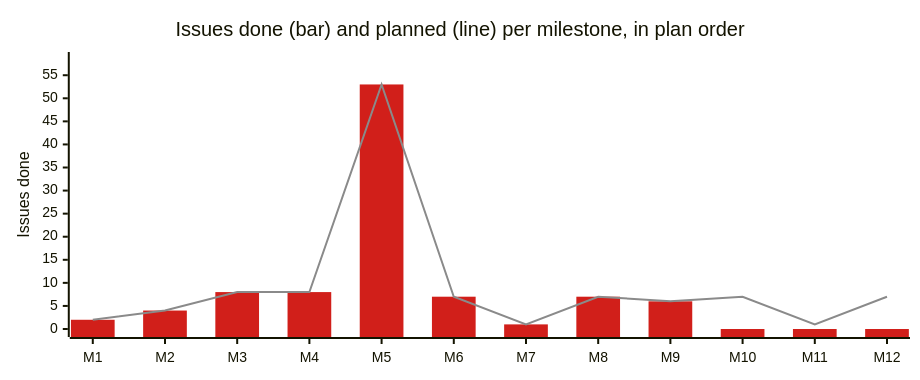
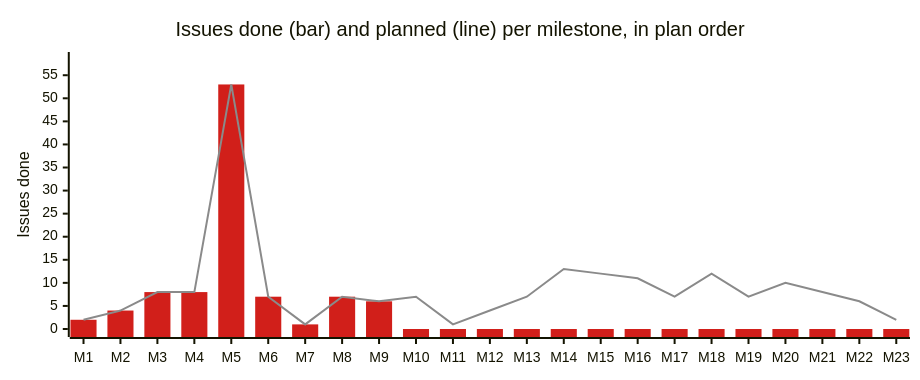
Diagram 11 of 11 in README.md (korczis/OpenTTD), drawn with Mermaid before and after one commit. The commit also changed other lines of this file and 115 other files, not shown here.

````diff
--- a/README.md
+++ b/README.md
@@ -1557,19 +1568,19 @@
 ```mermaid
 ---
 config:
   xyChart:
     width: 900
     height: 360
   themeVariables:
     xyChart:
       plotColorPalette: "#d11f1a, #8a8a8a, #0b0b0b, #ece4d6"
 ---
 xychart-beta
     title "Issues done (bar) and planned (line) per milestone, in plan order"
-    x-axis ["M1", "M2", "M3", "M4", "M5", "M6", "M7", "M8", "M9", "M10", "M11", "M12"]
+    x-axis ["M1", "M2", "M3", "M4", "M5", "M6", "M7", "M8", "M9", "M10", "M11", "M12", "M13", "M14", "M15", "M16", "M17", "M18", "M19", "M20", "M21", "M22", "M23"]
     %% series: Issues done | Issues planned
-    %% links: .ai/repo/project/milestones/the-fork-is-a-governed-research-target.yaml | .ai/repo/project/milestones/a-change-is-validated-in-cost-tiers.yaml | .ai/repo/project/milestones/internals-are-observable-with-recorded-provenance.yaml | .ai/repo/project/milestones/prismatic-steers-a-company-through-the-bridge.yaml | .ai/repo/project/milestones/an-agent-reaches-the-game-over-mcp.yaml | .ai/repo/project/milestones/the-fork-is-published-supervised-and-current.yaml | .ai/repo/project/milestones/the-game-wears-the-owners-noir-style.yaml | .ai/repo/project/milestones/planning-is-generated-from-recorded-history.yaml | .ai/repo/project/milestones/rhai-is-a-live-ide.yaml | .ai/repo/project/milestones/records-and-status-tell-the-truth.yaml | .ai/repo/project/milestones/the-toolchain-carries-no-known-vulnerability.yaml | .ai/repo/project/milestones/every-battle-match-explains-itself.yaml
+    %% links: .ai/repo/project/milestones/the-fork-is-a-governed-research-target.yaml | .ai/repo/project/milestones/a-change-is-validated-in-cost-tiers.yaml | .ai/repo/project/milestones/internals-are-observable-with-recorded-provenance.yaml | .ai/repo/project/milestones/prismatic-steers-a-company-through-the-bridge.yaml | .ai/repo/project/milestones/an-agent-reaches-the-game-over-mcp.yaml | .ai/repo/project/milestones/the-fork-is-published-supervised-and-current.yaml | .ai/repo/project/milestones/the-game-wears-the-owners-noir-style.yaml | .ai/repo/project/milestones/planning-is-generated-from-recorded-history.yaml | .ai/repo/project/milestones/rhai-is-a-live-ide.yaml | .ai/repo/project/milestones/records-and-status-tell-the-truth.yaml | .ai/repo/project/milestones/the-toolchain-carries-no-known-vulnerability.yaml | .ai/repo/project/milestones/every-changed-line-is-tested.yaml | .ai/repo/project/milestones/every-battle-match-explains-itself.yaml | .ai/repo/project/milestones/prismatic-ai-grows-its-fleet-and-survives-its-own-failures.yaml | .ai/repo/project/milestones/the-planner-reads-one-coherent-priced-world.yaml | .ai/repo/project/milestones/battlebrain-decides-live-with-rollback.yaml | .ai/repo/project/milestones/evaluations-are-fair-pre-registered-and-paired.yaml | .ai/repo/project/milestones/prismatic-closes-one-real-loop.yaml | .ai/repo/project/milestones/governed-access-is-authenticated-and-every-capability-reaches-every-surface.yaml | .ai/repo/project/milestones/the-live-agent-workbench.yaml | .ai/repo/project/milestones/the-panel-has-integrity.yaml | .ai/repo/project/milestones/algoglyph-is-accountable.yaml | .ai/repo/project/milestones/a-remote-human-plays-the-bot.yaml
     y-axis "Issues done" 0 --> 58.3
-    bar [2, 4, 8, 8, 53, 7, 1, 7, 6, 0, 0, 0]
-    line [2, 4, 8, 8, 53, 7, 1, 7, 6, 7, 1, 7]
+    bar [2, 4, 8, 8, 53, 7, 1, 7, 6, 0, 0, 0, 0, 0, 0, 0, 0, 0, 0, 0, 0, 0, 0]
+    line [2, 4, 8, 8, 53, 7, 1, 7, 6, 7, 1, 4, 7, 13, 12, 11, 7, 12, 7, 10, 8, 6, 2]
 ```
````
